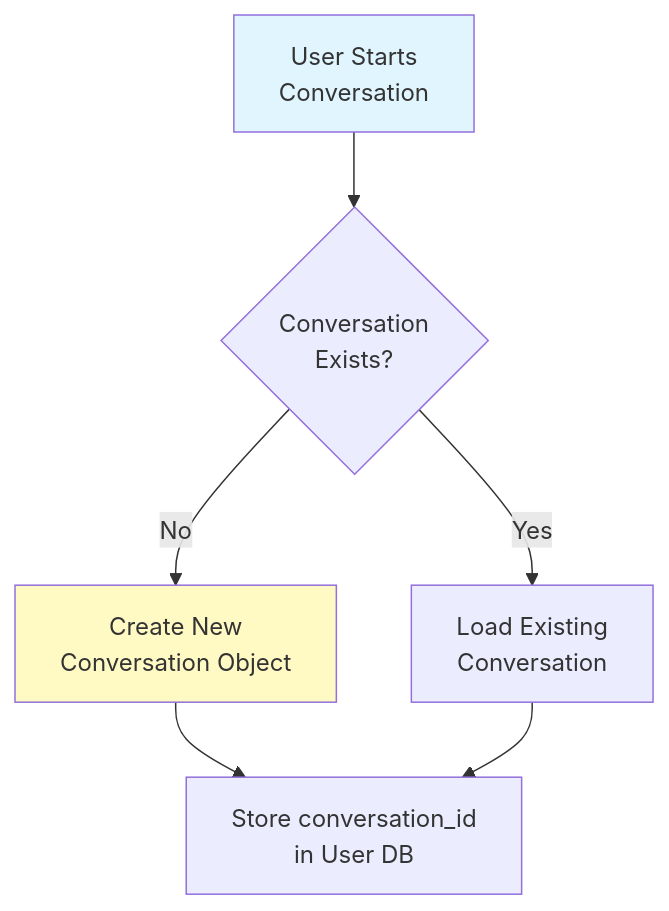
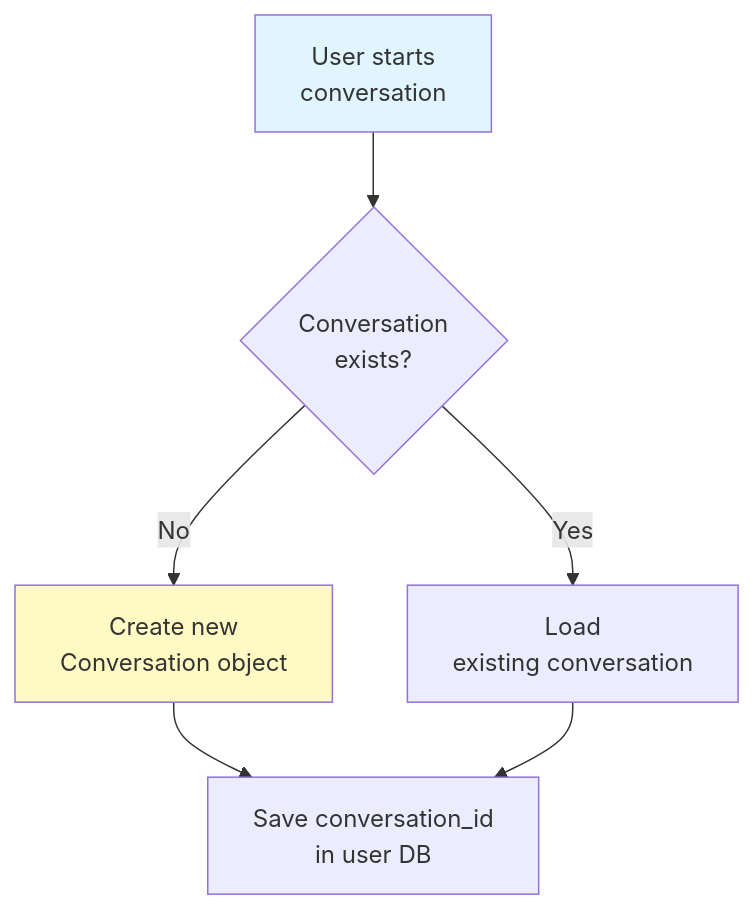
The fifth of 5 diagrams in README.md (Hanbiike/law-rag-system), drawn with Mermaid before and after one commit. The commit also changed other lines of this file and 9 other files, not shown here.

````diff
--- a/README.md
+++ b/README.md
@@ -536,13 +498,13 @@
 ```mermaid
 flowchart TD
-    A[User Starts<br/>Conversation] --> B{Conversation<br/>Exists?}
+    A["User starts<br/>conversation"] --> B{"Conversation<br/>exists?"}
     
-    B -->|No| C[Create New<br/>Conversation Object]
-    B -->|Yes| D[Load Existing<br/>Conversation]
+    B -->|No| C["Create new<br/>Conversation object"]
+    B -->|Yes| D["Load<br/>existing conversation"]
     
-    C --> E[Store conversation_id<br/>in User DB]
+    C --> E["Save conversation_id<br/>in user DB"]
     D --> E
     
     style A fill:#e1f5ff
     style C fill:#fff9c4
 ```
````
